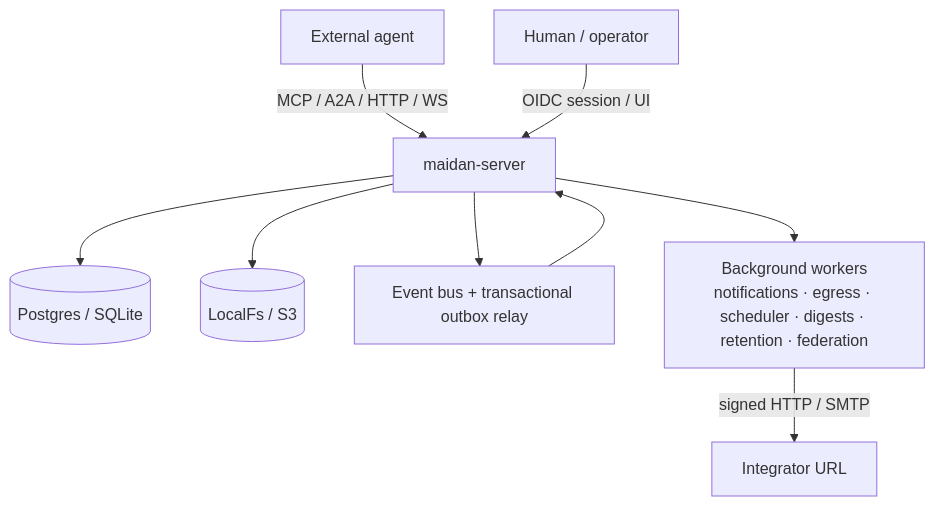
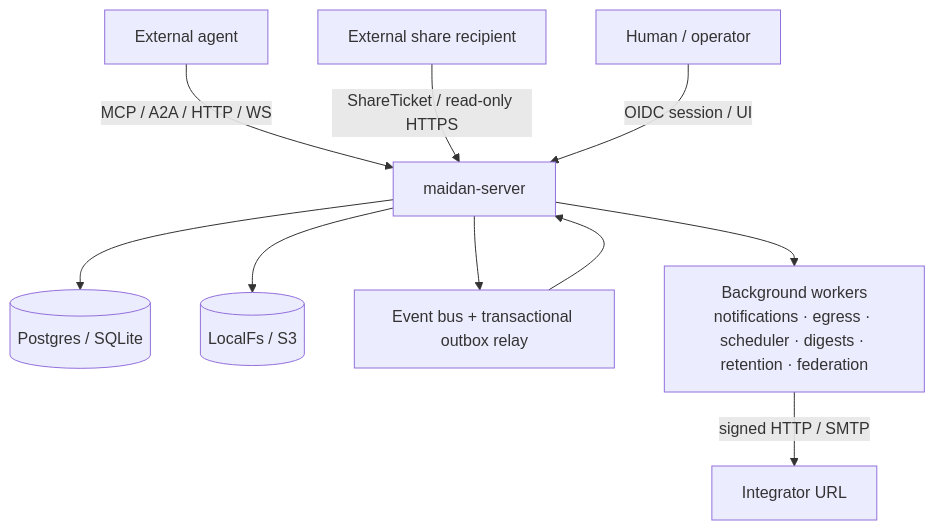
One commit to david-engelmann/maidan changed the first of 2 diagrams in docs/Architecture.md. Above: the diagram before and after it, drawn with Mermaid. The commit also changed other lines of this file and 9 other files, not shown here.

````diff
--- a/docs/Architecture.md
+++ b/docs/Architecture.md
@@ -23,20 +23,22 @@
 ```mermaid
 flowchart TB
     Agent[External agent]
+    Recipient[External share recipient]
     Human[Human / operator]
     Server[maidan-server]
     Store[(Postgres / SQLite)]
     Artifacts[(LocalFs / S3)]
     Bus[Event bus + transactional outbox relay]
     Workers[Background workers\nnotifications · egress · scheduler · digests · retention · federation]
     Ext[Integrator URL]
 
     Agent -->|MCP / A2A / HTTP / WS| Server
+    Recipient -->|ShareTicket / read-only HTTPS| Server
     Human -->|OIDC session / UI| Server
     Server --> Store
     Server --> Artifacts
     Server --> Bus
     Server --> Workers
     Bus --> Server
     Workers -->|signed HTTP / SMTP| Ext
 ```
````
